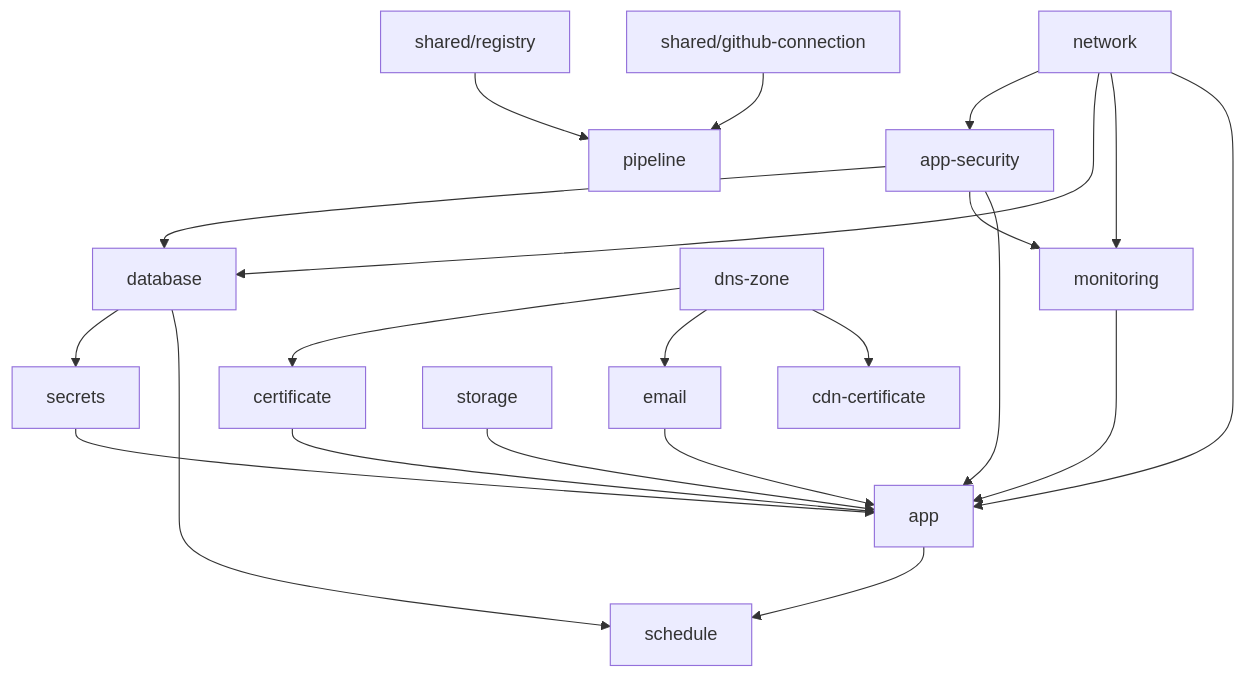
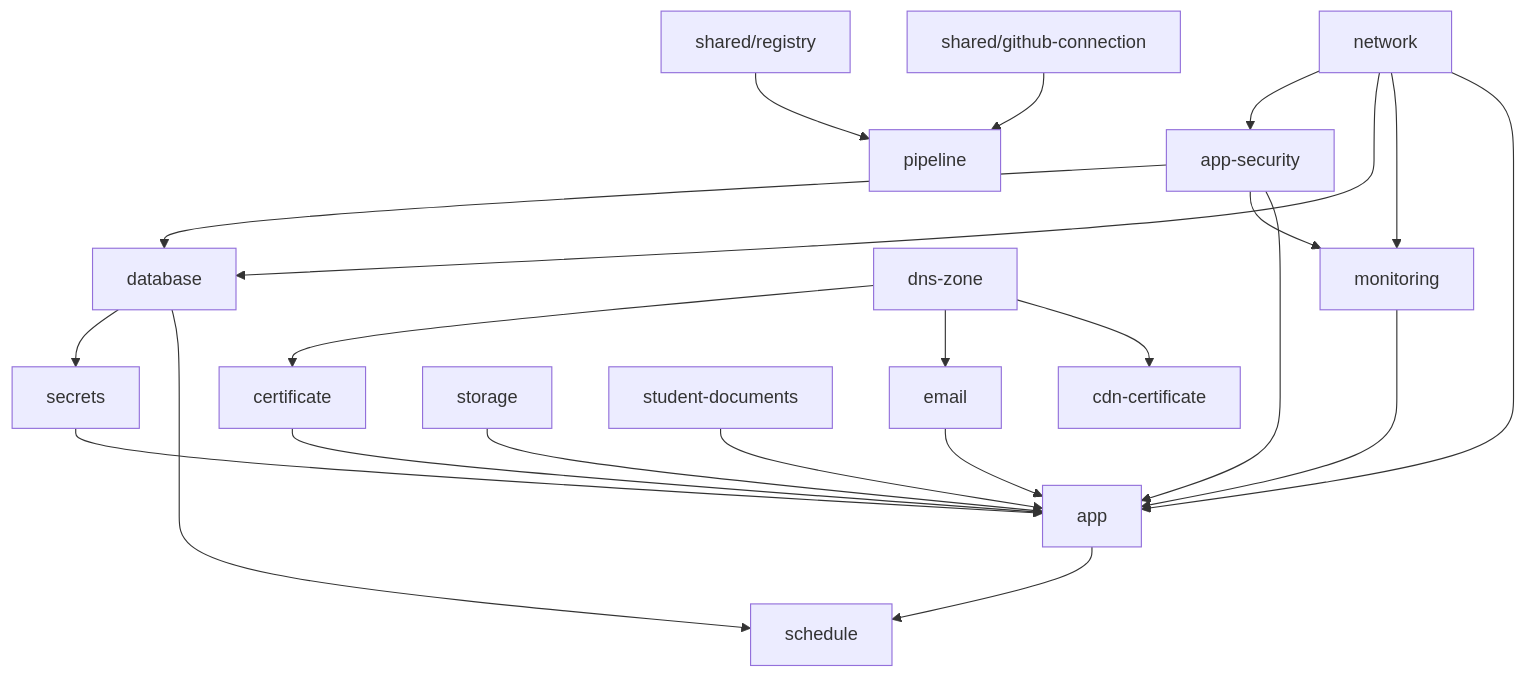
The second of 2 diagrams in infra/README.md (sergioortiz17/AcademiaDigital), drawn with Mermaid before and after one commit. The commit also changed other lines of this file and 30 other files, not shown here.

````diff
--- a/infra/README.md
+++ b/infra/README.md
@@ -89,14 +90,14 @@
 ```mermaid
 flowchart TD
     network --> app-security
     network --> database
     app-security --> database
     dns-zone --> certificate
     dns-zone --> email
     database --> secrets
     network & app-security --> monitoring
-    network & app-security & certificate & email & storage & secrets & monitoring --> app
+    network & app-security & certificate & email & storage & student-documents & secrets & monitoring --> app
     app & database --> schedule
     dns-zone --> cdn-certificate
     registry[shared/registry] & conn[shared/github-connection] --> pipeline
 ```
````
